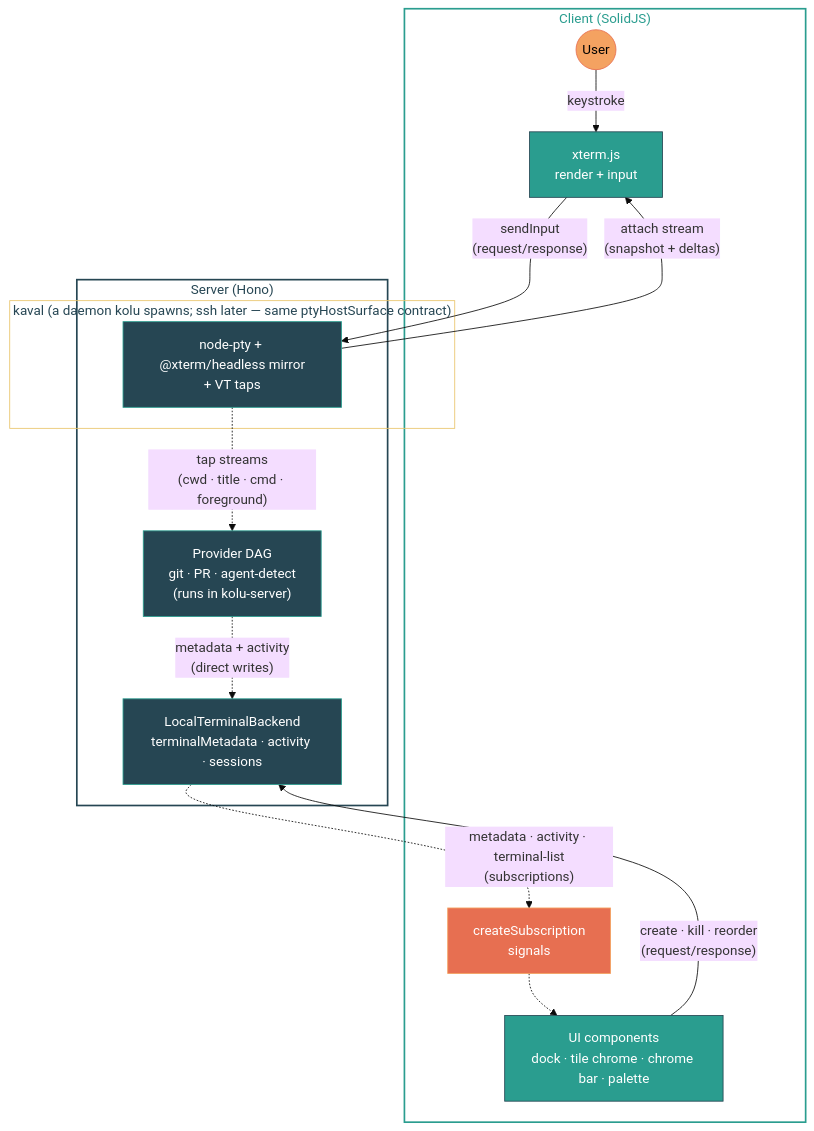
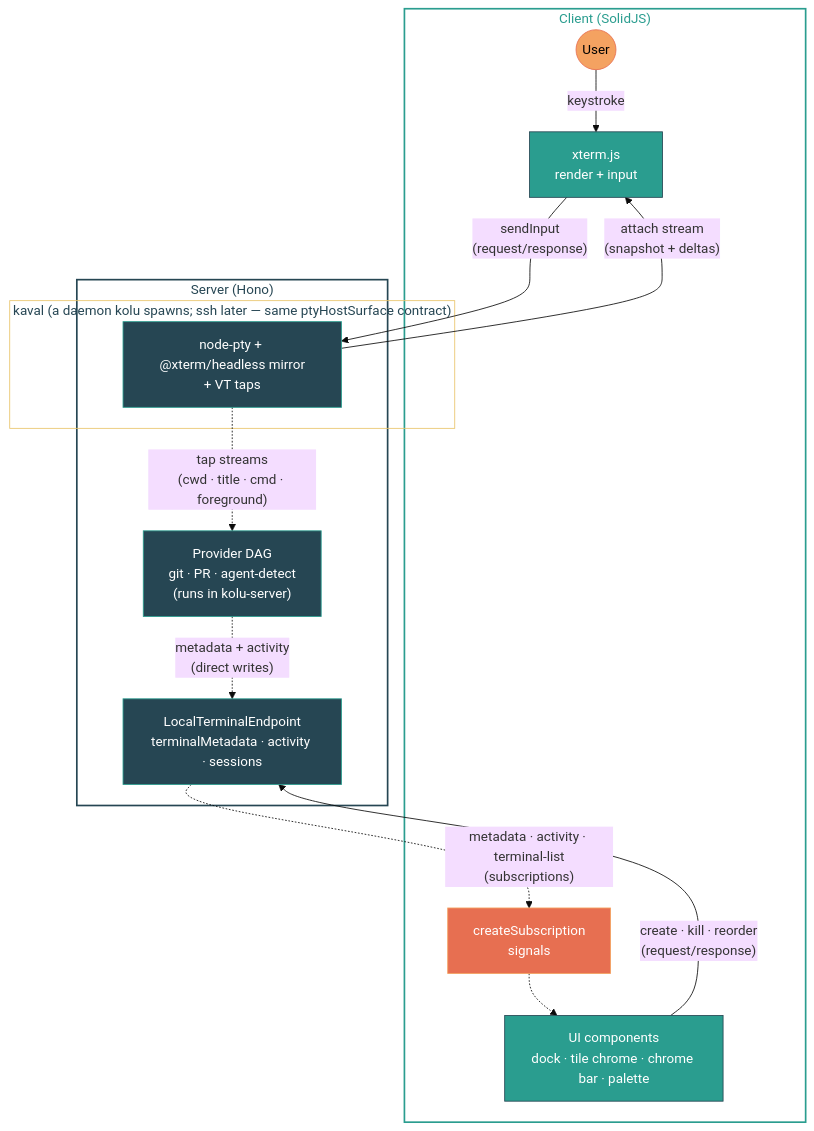
The diagram in README.md (juspay/kolu), drawn with Mermaid (base theme) before and after one commit. The commit also changed other lines of this file and 3 other files, not shown here.

````diff
--- a/README.md
+++ b/README.md
@@ -253,40 +253,40 @@
 ```mermaid
 flowchart TB
   subgraph Client["Client (SolidJS)"]
     User((User)):::user
     Xterm["xterm.js\nrender + input"]:::client
     Subs["createSubscription\nsignals"]:::cache
     UI["UI components\ndock · tile chrome · chrome bar · palette"]:::client
   end
 
   subgraph Server["Server (Hono)"]
     subgraph PtyHost["kaval (a daemon kolu spawns; ssh later — same ptyHostSurface contract)"]
       Host["node-pty + @xterm/headless mirror\n+ VT taps"]:::server
     end
     Providers["Provider DAG\ngit · PR · agent-detect\n(runs in kolu-server)"]:::server
-    Backend["LocalTerminalBackend\nterminalMetadata · activity · sessions"]:::server
+    Backend["LocalTerminalEndpoint\nterminalMetadata · activity · sessions"]:::server
   end
 
   %% Terminal I/O loop (through the ptyHostSurface contract)
   User -->|"keystroke"| Xterm
   Xterm -->|"sendInput\n(request/response)"| Host
   Host -->|"attach stream\n(snapshot + deltas)"| Xterm
 
   %% Metadata loop
   Host -.->|"tap streams\n(cwd · title · cmd · foreground)"| Providers
   Providers -.->|"metadata + activity\n(direct writes)"| Backend
   Backend -.->|"metadata · activity · terminal-list\n(subscriptions)"| Subs
   Subs -.-> UI
 
   %% User actions
   UI -->|"create · kill · reorder\n(request/response)"| Backend
 
   classDef user fill:#f4a261,stroke:#e76f51,color:#000
   classDef client fill:#2a9d8f,stroke:#264653,color:#fff
   classDef cache fill:#e76f51,stroke:#f4a261,color:#fff
   classDef server fill:#264653,stroke:#2a9d8f,color:#fff
 
   style Client fill:none,stroke:#2a9d8f,stroke-width:2px,color:#2a9d8f
   style Server fill:none,stroke:#264653,stroke-width:2px,color:#264653
   style PtyHost fill:none,stroke:#e9c46a,stroke-width:1px,color:#264653
 ```
````
